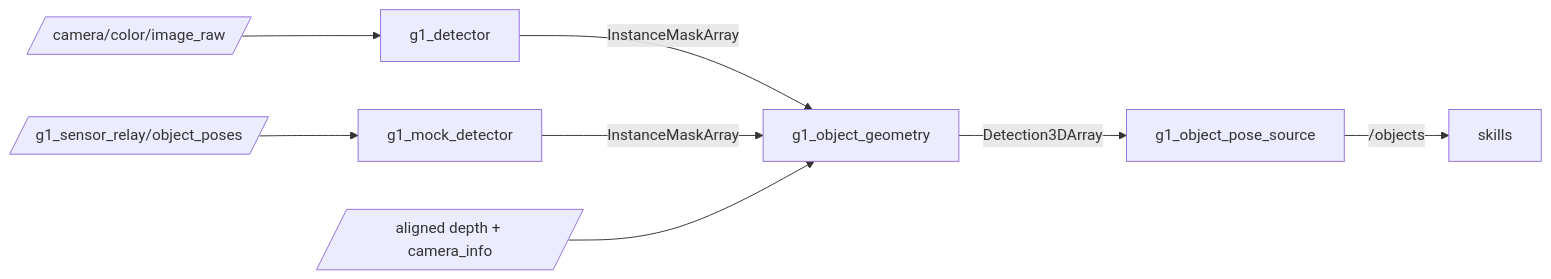
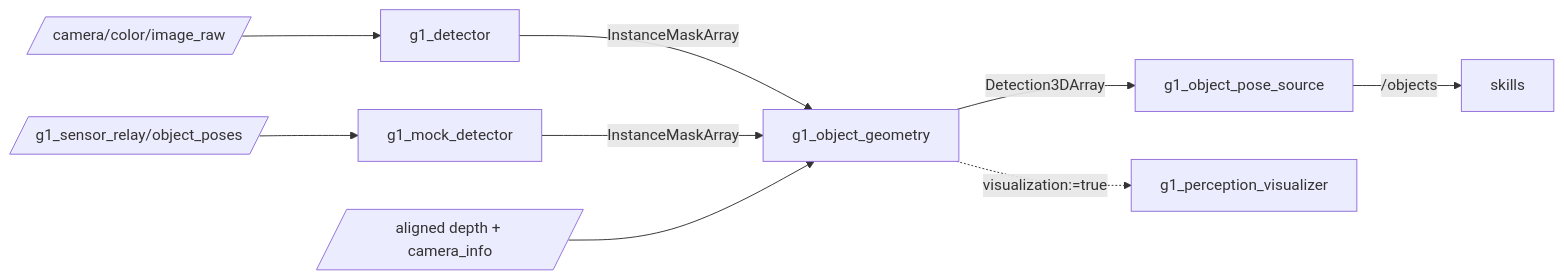
Before and after one commit to Adyansh04/grove-g1: the diagram in workspace/src/g1_perception/README.md, drawn with Mermaid. The commit also changed other lines of this file and 4 other files, not shown here.

````diff
--- a/workspace/src/g1_perception/README.md
+++ b/workspace/src/g1_perception/README.md
@@ -8,10 +8,11 @@
 ```mermaid
 flowchart LR
     C[/camera/color/image_raw/] --> D[g1_detector]
     T[/g1_sensor_relay/object_poses/] --> M[g1_mock_detector]
     D -- InstanceMaskArray --> G[g1_object_geometry]
     M -- InstanceMaskArray --> G
     P[/aligned depth + camera_info/] --> G
     G -- Detection3DArray --> S[g1_object_pose_source]
     S -- /objects --> K[skills]
+    G -. "visualization:=true" .-> V[g1_perception_visualizer]
 ```
````
